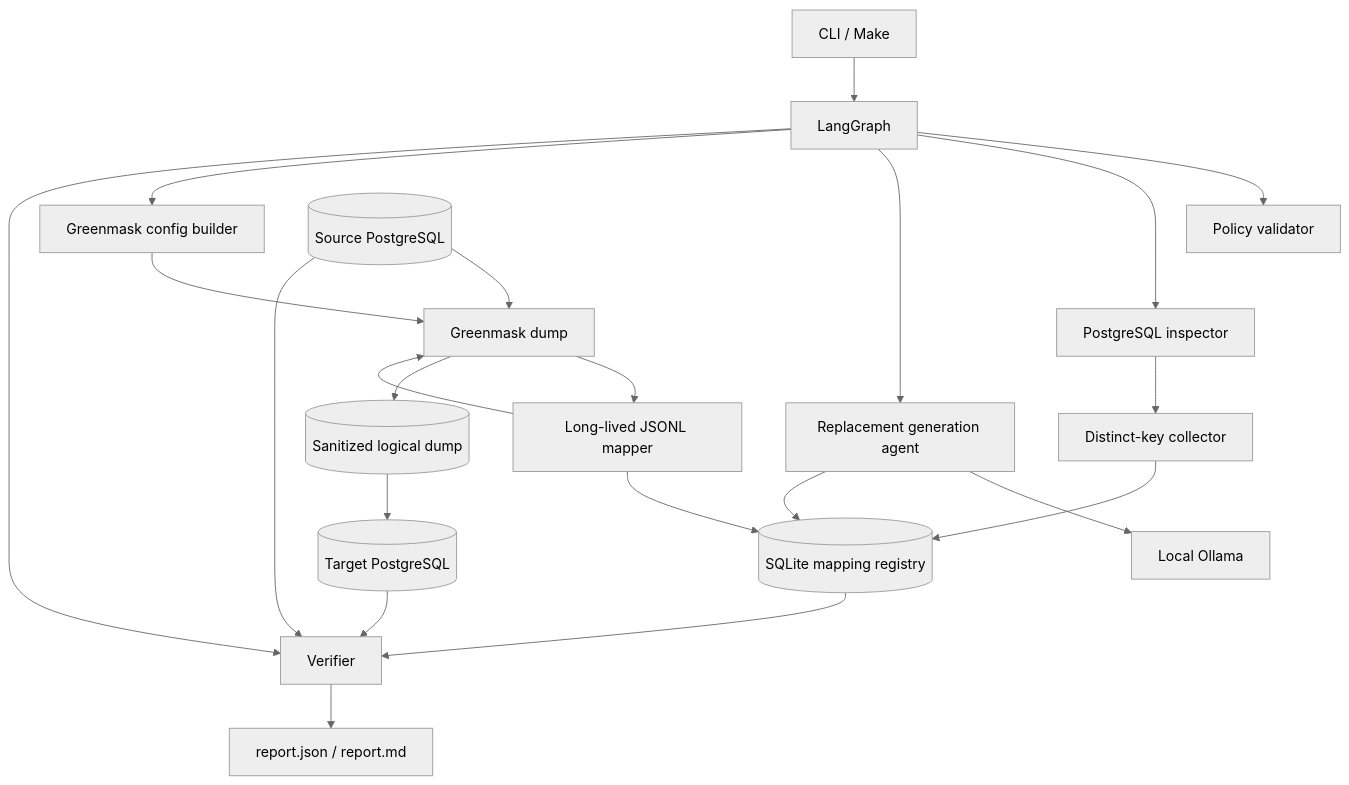
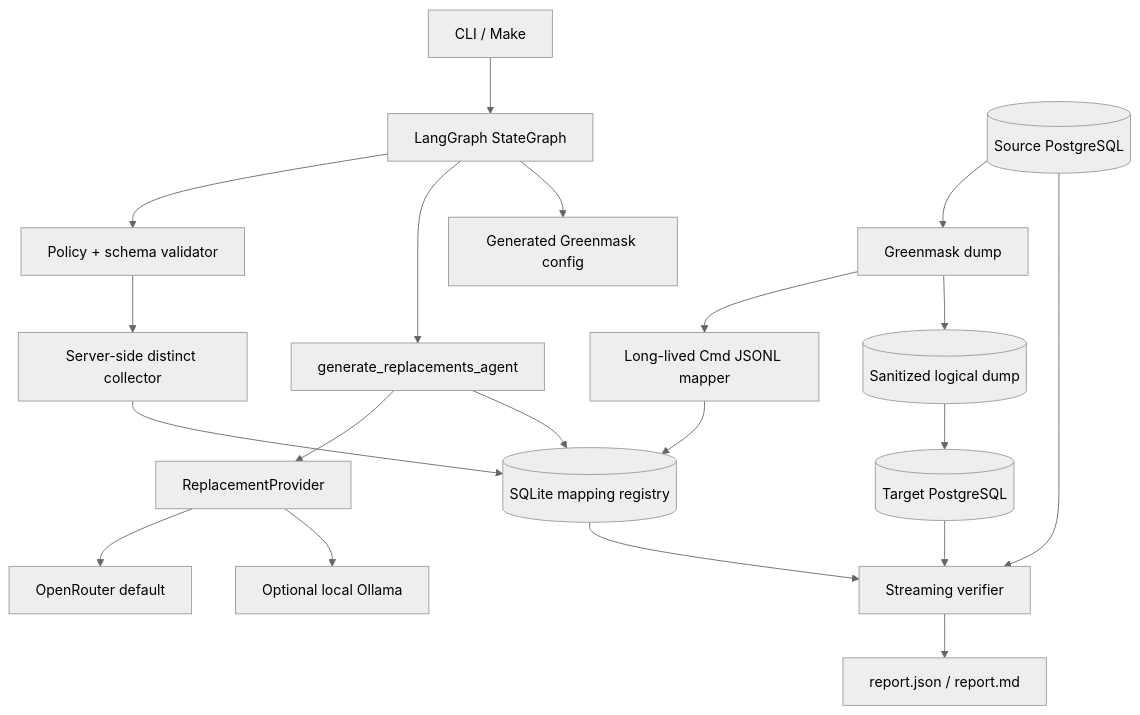
The diagram in templates/architecture.mmd (CrazyAngelm/db-sanitizer), drawn with Mermaid (neutral theme) before and after one commit. The commit also changed 39 other files, not shown here.

```diff
--- a/templates/architecture.mmd
+++ b/templates/architecture.mmd
@@ -1,22 +1,20 @@
 flowchart TD
-    CLI[CLI / Make] --> LG[LangGraph]
-    LG --> P[Policy validator]
-    LG --> I[PostgreSQL inspector]
-    I --> C[Distinct-key collector]
+    CLI[CLI / Make] --> LG[LangGraph StateGraph]
+    LG --> P[Policy + schema validator]
+    P --> C[Server-side distinct collector]
     C --> R[(SQLite mapping registry)]
-    LG --> A[Replacement generation agent]
-    A --> O[Local Ollama]
+    LG --> A[generate_replacements_agent]
+    A --> LLM[ReplacementProvider]
+    LLM --> OR[OpenRouter default]
+    LLM --> OL[Optional local Ollama]
     A --> R
-    LG --> B[Greenmask config builder]
-    B --> G[Greenmask dump]
-    S[(Source PostgreSQL)] --> G
-    G --> M[Long-lived JSONL mapper]
+    LG --> G[Generated Greenmask config]
+    S[(Source PostgreSQL)] --> GM[Greenmask dump]
+    GM --> M[Long-lived Cmd JSONL mapper]
     M --> R
-    M --> G
-    G --> D[(Sanitized logical dump)]
+    GM --> D[(Sanitized logical dump)]
     D --> T[(Target PostgreSQL)]
-    LG --> V[Verifier]
-    S --> V
+    S --> V[Streaming verifier]
     T --> V
     R --> V
     V --> REP[report.json / report.md]
```
